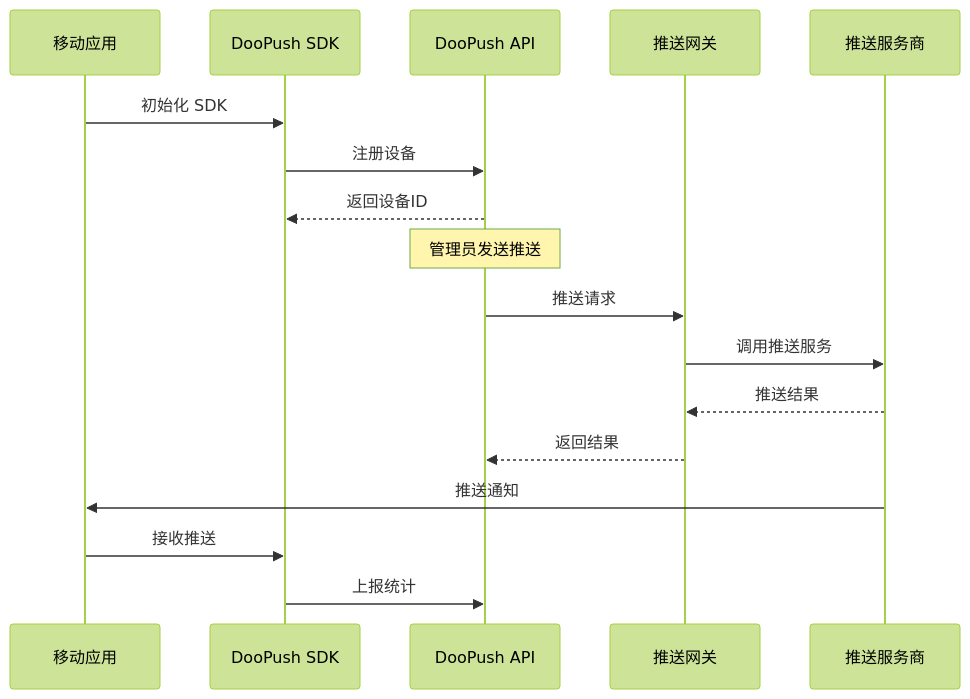
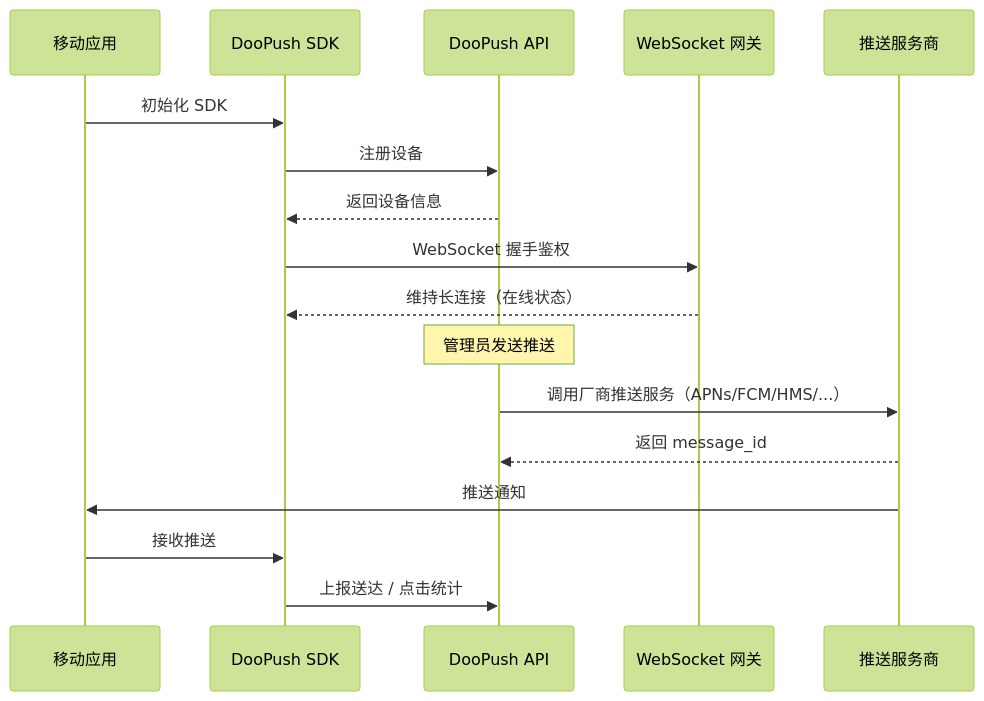
Before and after one commit to doopush/doopush: the second of 5 diagrams in docs/public/examples/diagrams/architecture-overview.md, drawn with Mermaid (forest theme). The commit also changed other lines of this file and 17 other files, not shown here.

````diff
--- a/docs/public/examples/diagrams/architecture-overview.md
+++ b/docs/public/examples/diagrams/architecture-overview.md
@@ -57,22 +60,22 @@
 ```mermaid
 sequenceDiagram
     participant App as 移动应用
     participant SDK as DooPush SDK
     participant API as DooPush API
-    participant Gateway as 推送网关
+    participant Gateway as WebSocket 网关
     participant Provider as 推送服务商
-    
+
     App->>SDK: 初始化 SDK
     SDK->>API: 注册设备
-    API-->>SDK: 返回设备ID
-    
+    API-->>SDK: 返回设备信息
+    SDK->>Gateway: WebSocket 握手鉴权
+    Gateway-->>SDK: 维持长连接（在线状态）
+
     Note over API: 管理员发送推送
-    API->>Gateway: 推送请求
-    Gateway->>Provider: 调用推送服务
-    Provider-->>Gateway: 推送结果
-    Gateway-->>API: 返回结果
-    
+    API->>Provider: 调用厂商推送服务（APNs/FCM/HMS/...）
+    Provider-->>API: 返回 message_id
+
     Provider->>App: 推送通知
     App->>SDK: 接收推送
-    SDK->>API: 上报统计
+    SDK->>API: 上报送达 / 点击统计
 ```
````
